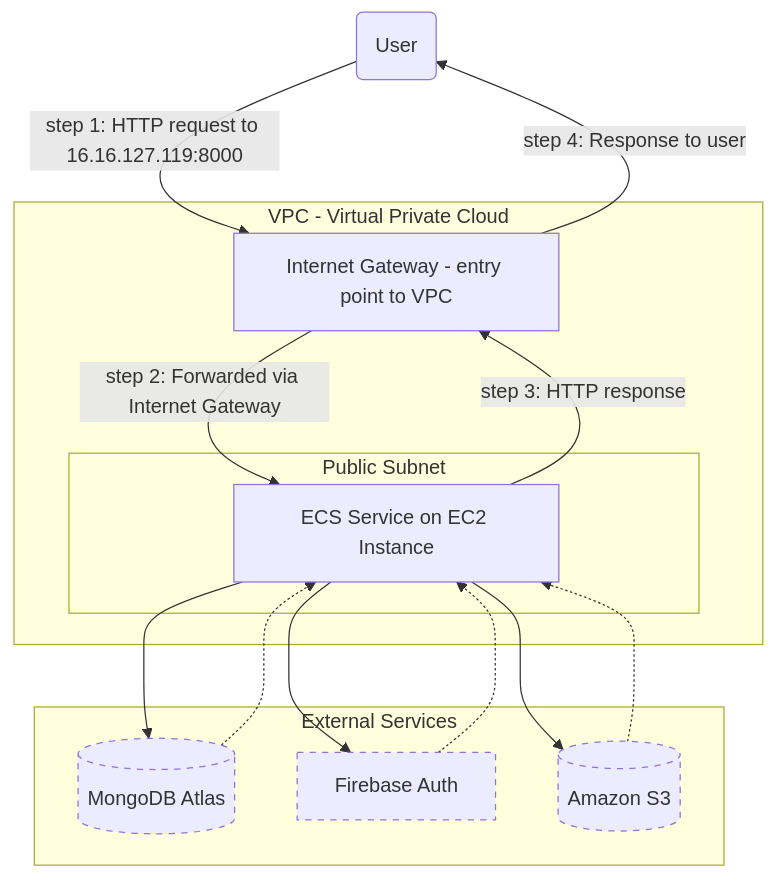
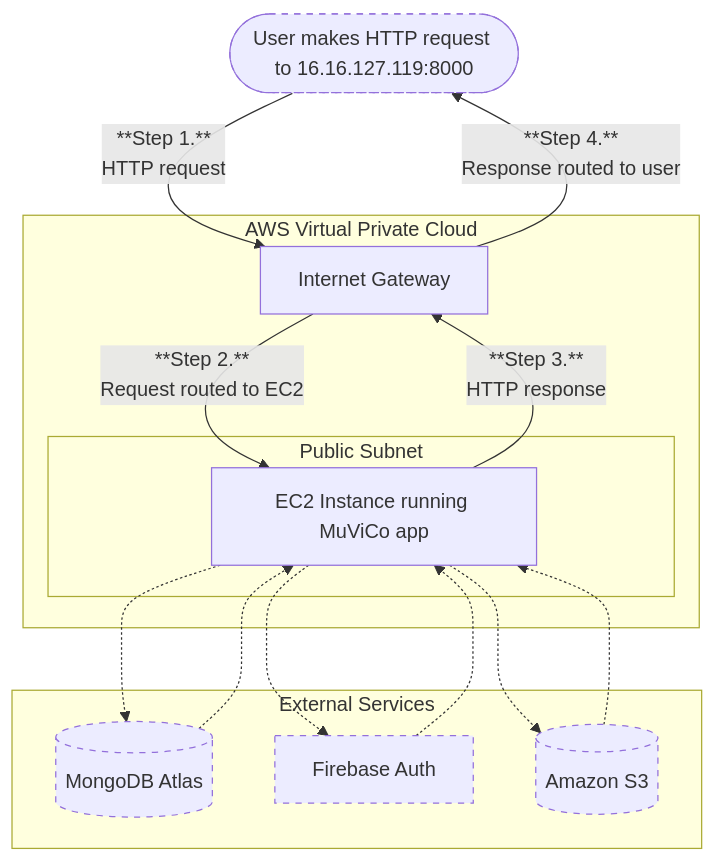
One commit to MuViCo/MuViCo changed the first of 3 diagrams in documentation/https-setup.md. Above: the diagram before and after it, drawn with Mermaid. The commit also changed other lines of this file, not shown here.

````diff
--- a/documentation/https-setup.md
+++ b/documentation/https-setup.md
@@ -84,29 +84,34 @@
 ```mermaid
 flowchart TD
-    User(User)
-    IGW[Internet Gateway - entry point to VPC]
-    ECS[ECS Service on EC2 Instance]
+    User(["User makes HTTP request to 16.16.127.119:8000"])
+    IGW["Internet Gateway"]
+    EC2["EC2 Instance running MuViCo app"]
 
     classDef external stroke-dasharray: 5 5
+    classDef request stroke-dasharray: 5 5
 
-    User -->|"step 1: HTTP request to 16.16.127.119:8000"| IGW
-    IGW -->|"step 2: Forwarded via Internet Gateway"| ECS
-    ECS -->|"step 3: HTTP response"| IGW
-    IGW -->|"step 4: Response to user"| User
+    User:::external -->|"**Step 1.**
+    HTTP request"| IGW
+    IGW -->|"**Step 2.**
+    Request routed to EC2"| EC2
+    EC2 -->|"**Step 3.**
+    HTTP response"| IGW:::response
+    IGW -->|"**Step 4.**
+    Response routed to user"| User:::response
 
-    subgraph VPC - Virtual Private Cloud
+    subgraph "AWS Virtual Private Cloud"
         IGW
-        subgraph Public Subnet
-            ECS
+        subgraph "Public Subnet"
+            EC2
         end
     end
 
     subgraph External Services
-        ECS --> D[(MongoDB Atlas)]:::external
-        D -.-> ECS
-        ECS --> E[Firebase Auth]:::external
-        E -.-> ECS
-        ECS --> F[(Amazon S3)]:::external
-        F -.-> ECS
+        EC2 -.-> D[(MongoDB Atlas)]:::external
+        D -.-> EC2
+        EC2 -.-> E[Firebase Auth]:::external
+        E -.-> EC2
+        EC2 -.-> F[(Amazon S3)]:::external
+        F -.-> EC2
     end
 ```
````
